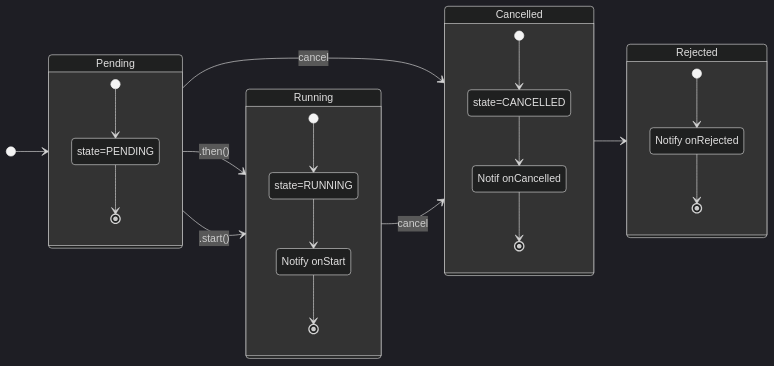
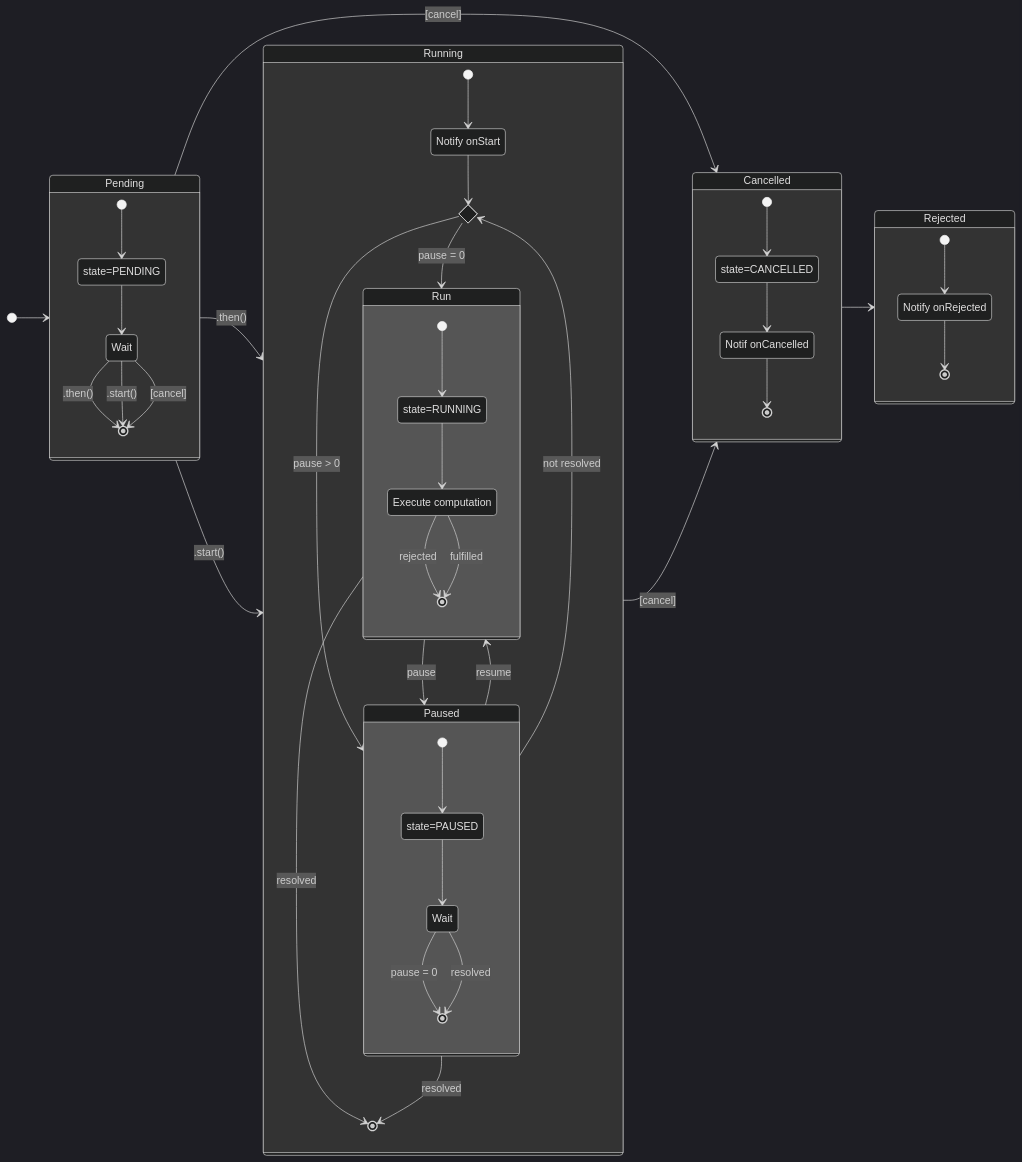
Before and after one commit to BobKerns/better-future: the diagram in src/assets/cancel.mmd, drawn with Mermaid (dark theme). The commit also changed 1 other file, not shown here.

Commit message:
Diagram additions and canges.

```diff
--- a/src/assets/cancel.mmd
+++ b/src/assets/cancel.mmd
@@ -1,33 +1,61 @@
 stateDiagram-v2
     direction LR
 
     [*] --> Pending
-    Pending --> Running : .then()
-    Pending --> Running : .start()
-    Pending --> Cancelled : cancel
-    Running --> Cancelled : cancel
+    Pending--> Running : .then()
+    Pending--> Running : .start()
+    Pending--> Cancelled : [cancel]
+    Running --> Cancelled : [cancel]
     Cancelled --> Rejected
 
     state Pending {
       [*] --> state=PENDING
-      state=PENDING --> [*]
+      state=PENDING --> Wait_pending
+      Wait_pending --> [*] : .then()
+      Wait_pending --> [*] : .start()
+      Wait_pending --> [*] : [cancel]
+      Wait_pending : Wait
     }
 
-    state Running {
-      [*] --> state=RUNNING
-      state=RUNNING --> NotifyStarted
-      NotifyStarted --> [*]
+state Running {
+      state if_pause <<choice>>
+
+      [*] --> NotifyStarted
+      NotifyStarted --> if_pause
+      if_pause --> Run : pause = 0
+      if_pause --> Paused : pause > 0
+      Run --> Paused : pause
+      Paused --> Run : resume
+      Run --> [*] : resolved
+      Paused --> [*] : resolved
+      Paused --> if_pause : not resolved
       NotifyStarted : Notify onStart
+
+      state Run {
+        [*] --> state=RUNNING
+        state=RUNNING --> Execute
+        Execute --> [*] : rejected
+        Execute --> [*] : fulfilled
+        Execute : Execute computation
+      }
+
+      state Paused {
+        [*] --> state=PAUSED
+        state=PAUSED --> Wait
+        Wait --> [*] : pause = 0
+        Wait --> [*] : resolved
+      }
     }
+
     state Rejected {
       [*] --> NotifyRejected
       NotifyRejected --> [*]
       NotifyRejected : Notify onRejected
     }
 
     state Cancelled {
       [*] --> state=CANCELLED
       state=CANCELLED --> NotifyCancelled
       NotifyCancelled --> [*]
       NotifyCancelled: Notif onCancelled
     }
```
